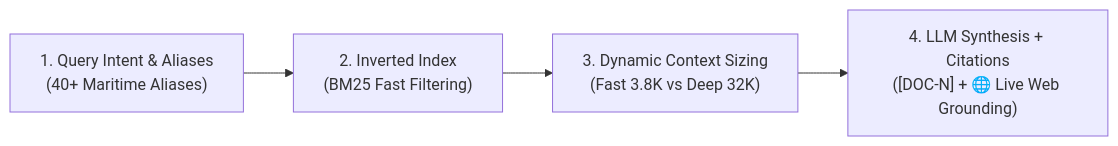
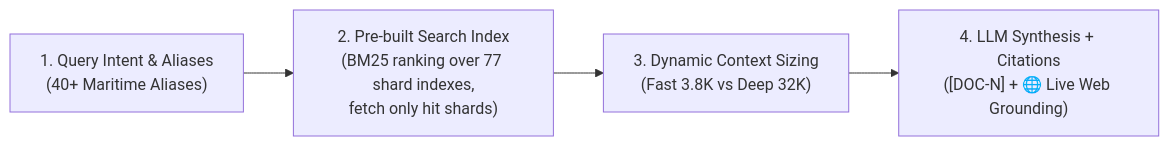
The fourth of 4 diagrams in README.md (yieldchaser/Shipping), drawn with Mermaid before and after one commit. The commit also changed other lines of this file and 87 other files, not shown here.

````diff
--- a/README.md
+++ b/README.md
@@ -499,6 +499,6 @@
 ```mermaid
 flowchart LR
-    A["1. Query Intent & Aliases<br/>(40+ Maritime Aliases)"] --> B["2. Inverted Index<br/>(BM25 Fast Filtering)"]
+    A["1. Query Intent & Aliases<br/>(40+ Maritime Aliases)"] --> B["2. Pre-built Search Index<br/>(BM25 ranking over 77 shard indexes,<br/>fetch only hit shards)"]
     B --> C["3. Dynamic Context Sizing<br/>(Fast 3.8K vs Deep 32K)"]
     C --> D["4. LLM Synthesis + Citations<br/>([DOC-N] + 🌐 Live Web Grounding)"]
 ```
````
